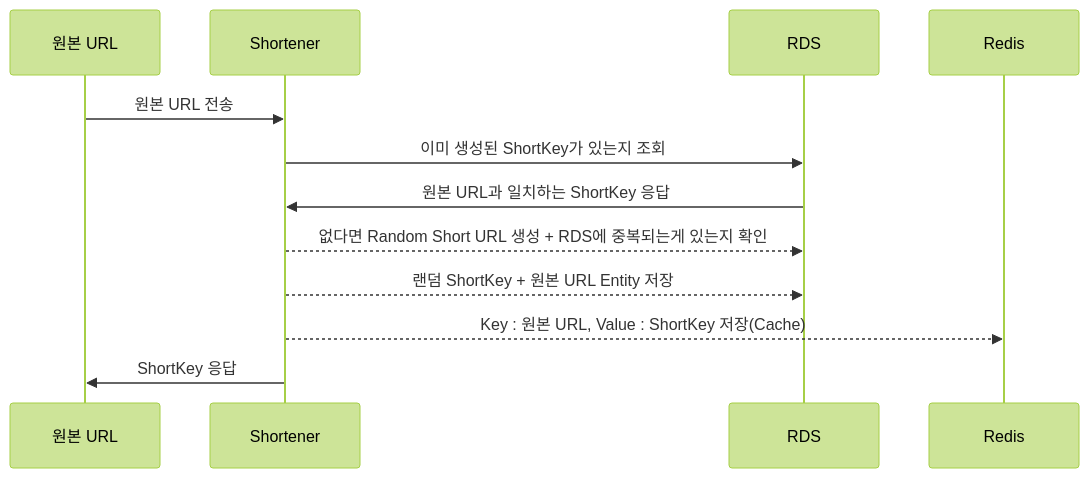
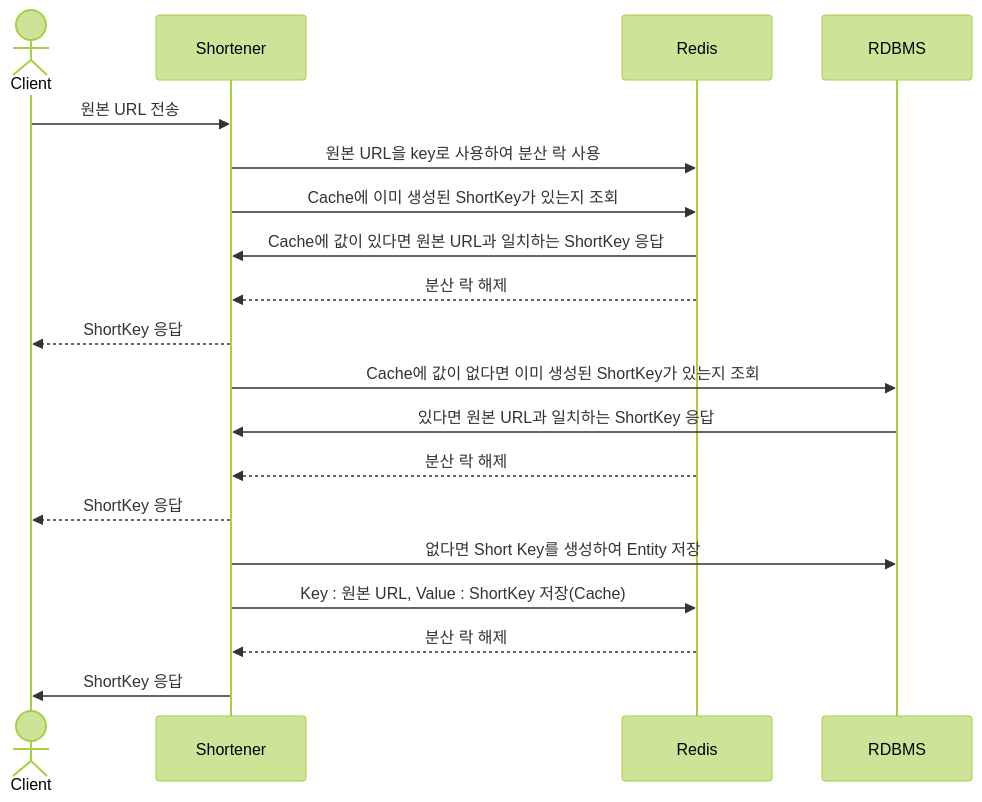
Before and after one commit to hojihun5516/url-shortener: the first of 2 diagrams in README.md, drawn with Mermaid (forest theme). The commit also changed other lines of this file, not shown here.

````diff
--- a/README.md
+++ b/README.md
@@ -4,14 +18,24 @@
 ```mermaid
 sequenceDiagram
-    participant user as 원본 URL
+    actor user as Client
     participant shortener as Shortener
-    participant rds as RDS
     participant redis as Redis
+    participant rdbms as RDBMS
+    
     user->>shortener: 원본 URL 전송
-    shortener->>rds: 이미 생성된 ShortKey가 있는지 조회
-    rds->>shortener: 원본 URL과 일치하는 ShortKey 응답
-    shortener-->>rds: 없다면 Random Short URL 생성 + RDS에 중복되는게 있는지 확인
-    shortener-->>rds: 랜덤 ShortKey + 원본 URL Entity 저장
-    shortener-->>redis: Key : 원본 URL, Value : ShortKey 저장(Cache)
+    shortener->>redis: 원본 URL을 key로 사용하여 분산 락 사용
+    shortener->>redis: Cache에 이미 생성된 ShortKey가 있는지 조회
+    redis->>shortener: Cache에 값이 있다면 원본 URL과 일치하는 ShortKey 응답
+    redis-->>shortener: 분산 락 해제
+
+    shortener-->>user: ShortKey 응답
+    shortener->>rdbms: Cache에 값이 없다면 이미 생성된 ShortKey가 있는지 조회
+    rdbms->>shortener: 있다면 원본 URL과 일치하는 ShortKey 응답
+    redis-->>shortener: 분산 락 해제
+    shortener-->>user: ShortKey 응답
+
+    shortener->>rdbms: 없다면 Short Key를 생성하여 Entity 저장
+    shortener->>redis: Key : 원본 URL, Value : ShortKey 저장(Cache)
+    redis-->>shortener: 분산 락 해제
     shortener->>user: ShortKey 응답
 ```
````
